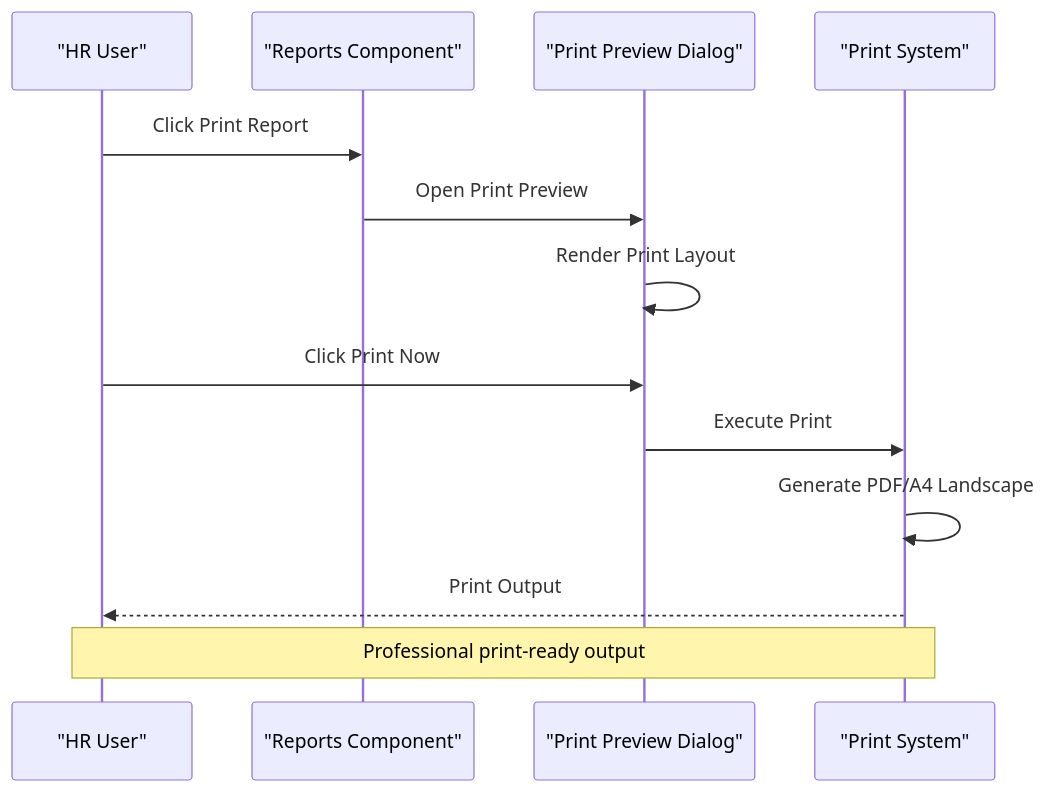
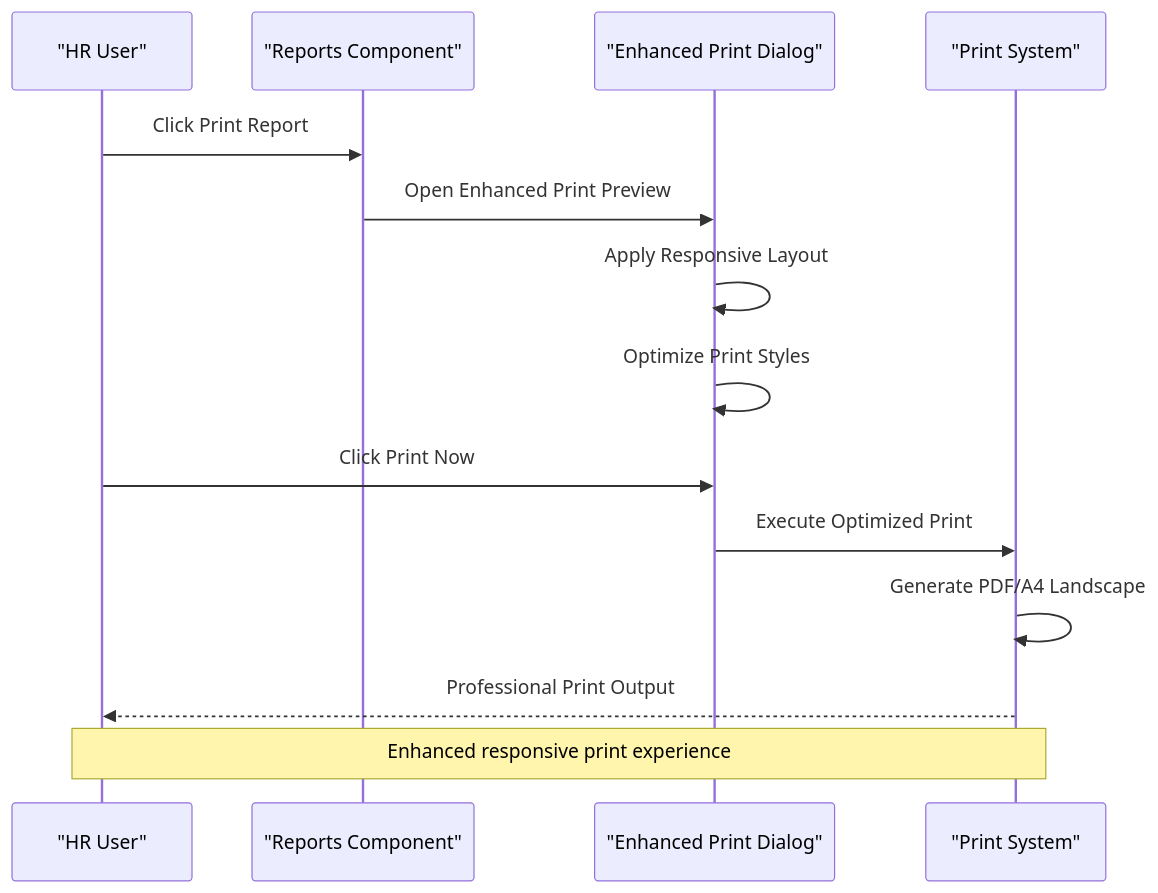
Diagram 15 of 16 in .qoder/repowiki/en/content/Employee Management/Employee Reports Dashboard.md (vincet0t15/template), drawn with Mermaid before and after one commit. The commit also changed other lines of this file and 6 other files, not shown here.

````diff
--- a/.qoder/repowiki/en/content/Employee Management/Employee Reports Dashboard.md
+++ b/.qoder/repowiki/en/content/Employee Management/Employee Reports Dashboard.md
@@ -469,15 +677,16 @@
 ```mermaid
 sequenceDiagram
 participant User as "HR User"
 participant Reports as "Reports Component"
-participant Dialog as "Print Preview Dialog"
+participant Dialog as "Enhanced Print Dialog"
 participant PrintSystem as "Print System"
 User->>Reports : Click Print Report
-Reports->>Dialog : Open Print Preview
-Dialog->>Dialog : Render Print Layout
+Reports->>Dialog : Open Enhanced Print Preview
+Dialog->>Dialog : Apply Responsive Layout
+Dialog->>Dialog : Optimize Print Styles
 User->>Dialog : Click Print Now
-Dialog->>PrintSystem : Execute Print
+Dialog->>PrintSystem : Execute Optimized Print
 PrintSystem->>PrintSystem : Generate PDF/A4 Landscape
-PrintSystem-->>User : Print Output
-Note over User,PrintSystem : Professional print-ready output
+PrintSystem-->>User : Professional Print Output
+Note over User,PrintSystem : Enhanced responsive print experience
 ```
````
